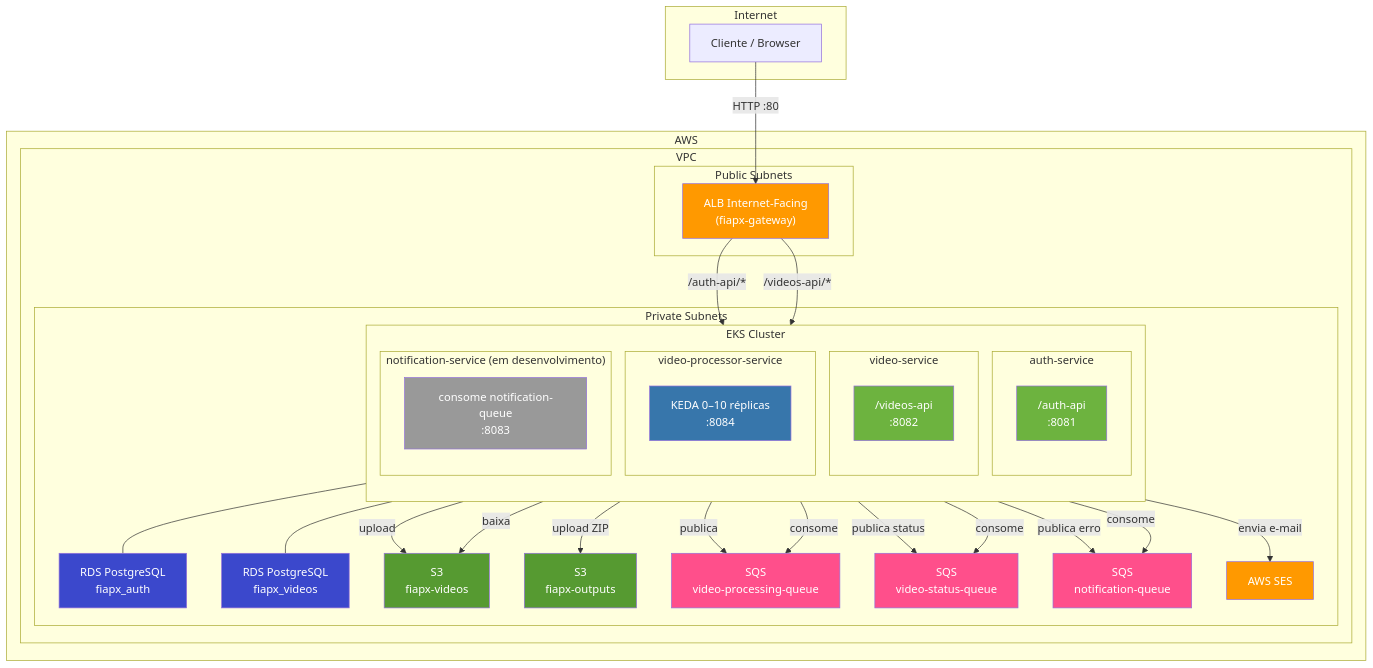
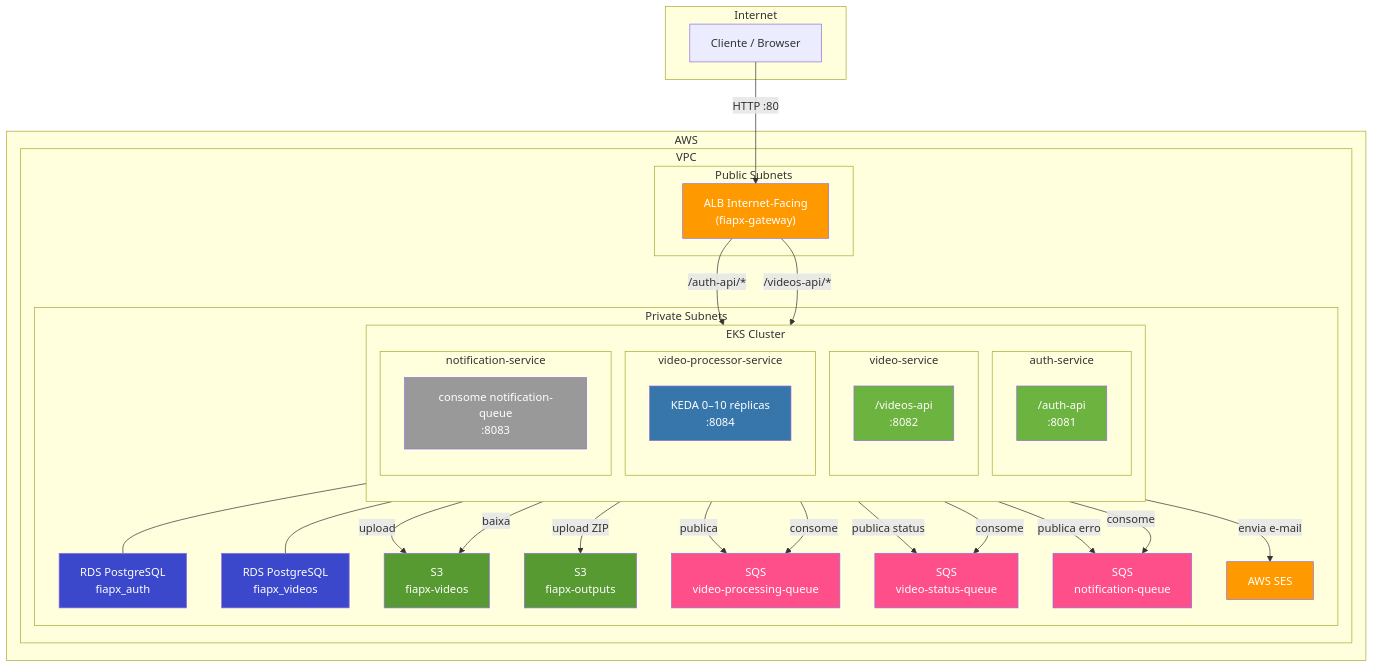
One commit to NullPointerXp/.github changed the first of 6 diagrams in profile/README.md. Above: the diagram before and after it, drawn with Mermaid. The commit also changed other lines of this file, not shown here.

First line of the commit message:
Update notification-service status in README

````diff
--- a/profile/README.md
+++ b/profile/README.md
@@ -92,76 +92,76 @@
 ```mermaid
 graph TB
     subgraph Internet
         Client["Cliente / Browser"]
     end
 
     subgraph AWS
         subgraph VPC
             subgraph Public Subnets
                 ALB["ALB Internet-Facing<br/>(fiapx-gateway)"]
             end
 
             subgraph Private Subnets
                 subgraph EKS Cluster
                     direction TB
 
                     subgraph auth-pod["auth-service"]
                         AS["/auth-api<br/>:8081"]
                     end
 
                     subgraph video-pod["video-service"]
                         VS["/videos-api<br/>:8082"]
                     end
 
                     subgraph processor-pod["video-processor-service"]
                         PP["KEDA 0–10 réplicas<br/>:8084"]
                     end
 
-                    subgraph notification-pod["notification-service (em desenvolvimento)"]
+                    subgraph notification-pod["notification-service"]
                         NS["consome notification-queue<br/>:8083"]
                     end
                 end
 
                 RDS_A["RDS PostgreSQL<br/>fiapx_auth"]
                 RDS_V["RDS PostgreSQL<br/>fiapx_videos"]
                 S3_IN["S3<br/>fiapx-videos"]
                 S3_OUT["S3<br/>fiapx-outputs"]
                 SQS1["SQS<br/>video-processing-queue"]
                 SQS2["SQS<br/>video-status-queue"]
                 SQS3["SQS<br/>notification-queue"]
                 SES["AWS SES"]
             end
         end
     end
 
     Client -->|"HTTP :80"| ALB
     ALB -->|"/auth-api/*"| AS
     ALB -->|"/videos-api/*"| VS
 
     AS --- RDS_A
     VS --- RDS_V
     VS -->|"upload"| S3_IN
     VS -->|"publica"| SQS1
     PP -->|"consome"| SQS1
     PP -->|"baixa"| S3_IN
     PP -->|"upload ZIP"| S3_OUT
     PP -->|"publica status"| SQS2
     PP -->|"publica erro"| SQS3
     VS -->|"consome"| SQS2
     NS -->|"consome"| SQS3
     NS -->|"envia e-mail"| SES
 
     style ALB fill:#FF9900,color:#fff
     style AS fill:#6DB33F,color:#fff
     style VS fill:#6DB33F,color:#fff
     style PP fill:#3776ab,color:#fff
     style NS fill:#999,color:#fff
     style RDS_A fill:#3B48CC,color:#fff
     style RDS_V fill:#3B48CC,color:#fff
     style S3_IN fill:#569A31,color:#fff
     style S3_OUT fill:#569A31,color:#fff
     style SQS1 fill:#FF4F8B,color:#fff
     style SQS2 fill:#FF4F8B,color:#fff
     style SQS3 fill:#FF4F8B,color:#fff
     style SES fill:#FF9900,color:#fff
 ```
````
